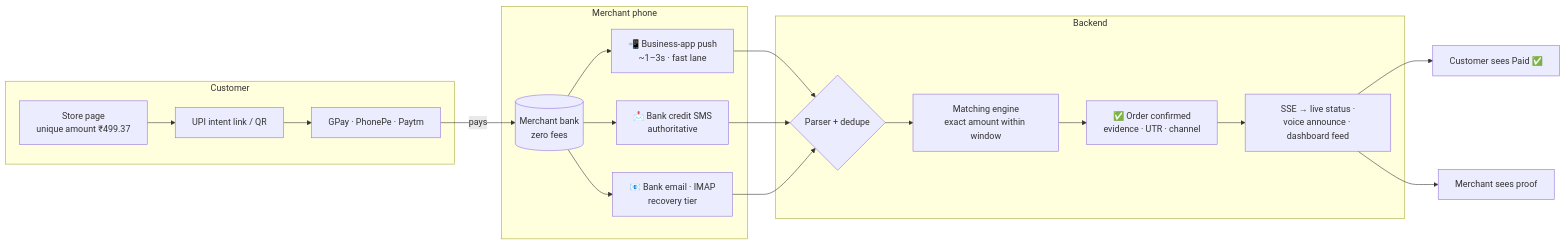
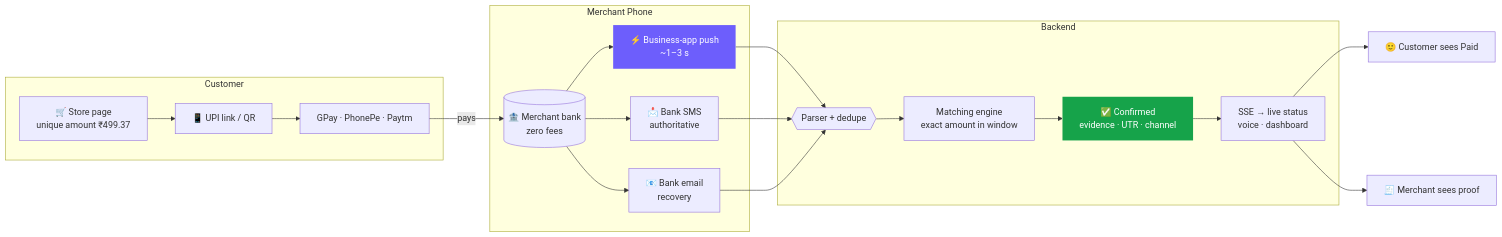
One commit to aravind220806/Paid_Sure changed the first of 2 diagrams in README.md. Above: the diagram before and after it, drawn with Mermaid. The commit also changed other lines of this file and 1 other file, not shown here.

````diff
--- a/README.md
+++ b/README.md
@@ -66,21 +76,29 @@
 ```mermaid
 flowchart LR
     subgraph Customer
-        A[Store page<br/>unique amount ₹499.37] --> B[UPI intent link / QR]
+        A[🛒 Store page<br/>unique amount ₹499.37] --> B[📱 UPI link / QR]
         B --> C[GPay · PhonePe · Paytm]
     end
-    subgraph Merchant phone
-        C -->|pays| D[(Merchant bank<br/>zero fees)]
-        D --> E[📲 Business-app push<br/>~1–3s · fast lane]
-        D --> F[📩 Bank credit SMS<br/>authoritative]
-        D --> G[📧 Bank email · IMAP<br/>recovery tier]
+
+    subgraph Merchant Phone
+        C -->|pays| D[(🏦 Merchant bank<br/>zero fees)]
+        D --> E[⚡ Business-app push<br/>~1–3 s]
+        D --> F[📩 Bank SMS<br/>authoritative]
+        D --> G[📧 Bank email<br/>recovery]
     end
+
     subgraph Backend
-        E & F & G --> H{Parser + dedupe}
-        H --> I[Matching engine<br/>exact amount within window]
-        I --> J[✅ Order confirmed<br/>evidence · UTR · channel]
-        J --> K[SSE → live status ·<br/>voice announce · dashboard feed]
+        E & F & G --> H{{Parser + dedupe}}
+        H --> I[Matching engine<br/>exact amount in window]
+        I --> J[✅ Confirmed<br/>evidence · UTR · channel]
+        J --> K[SSE → live status<br/>voice · dashboard]
     end
-    K --> L[Customer sees Paid ✅]
-    K --> M[Merchant sees proof]
+
+    K --> L[🙂 Customer sees Paid]
+    K --> M[🧾 Merchant sees proof]
+
+    classDef fast fill:#6D5EFC,color:#fff,stroke:none
+    classDef ok fill:#16A34A,color:#fff,stroke:none
+    class E fast
+    class J ok
 ```
````
